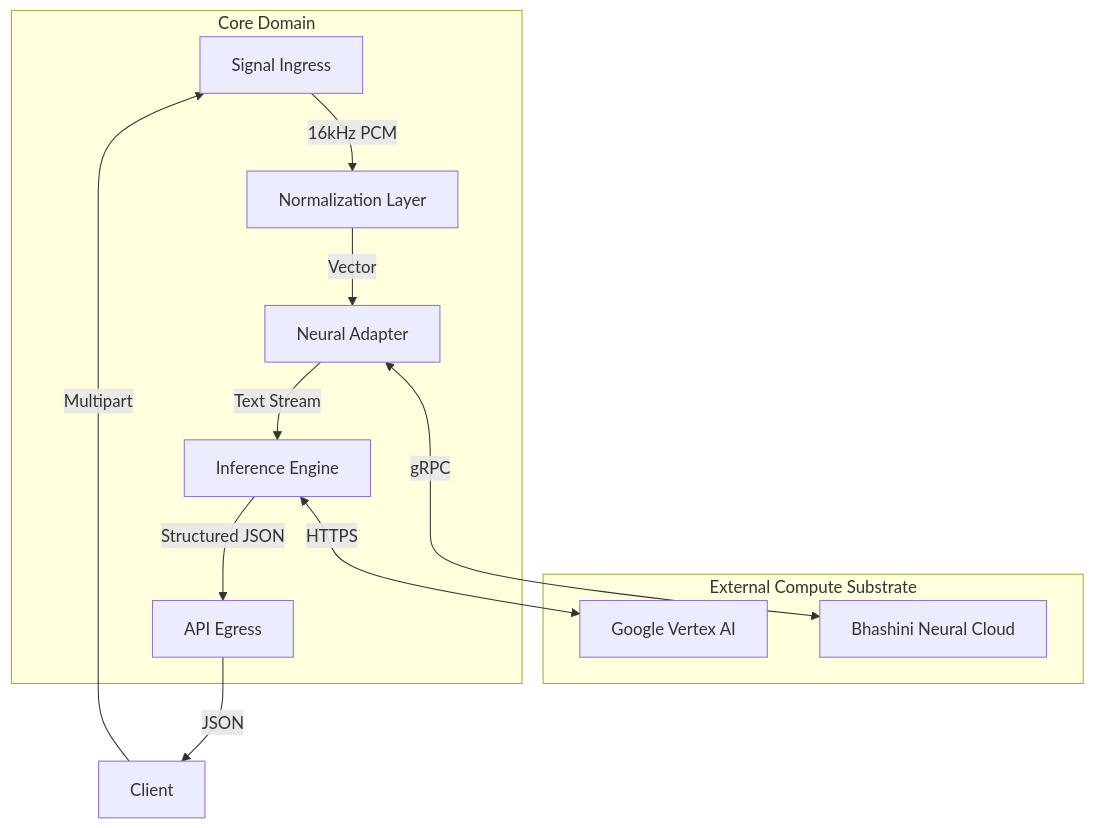
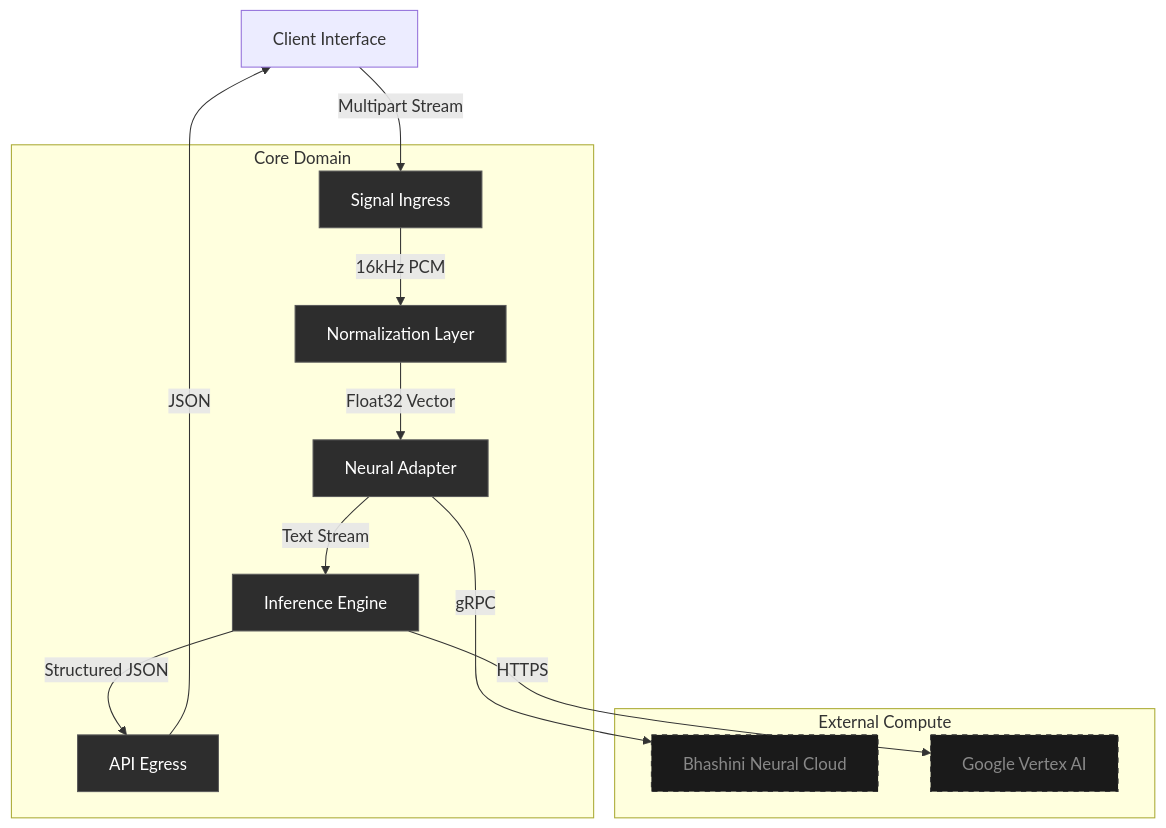
One commit to riteshroshann/meeting-mind-backened-baby-one changed the diagram in README.md. Above: the diagram before and after it, drawn with Mermaid. The commit also changed other lines of this file, not shown here.

Commit message:
docs: finalize architecture section with sophisticated hexagonal lattice details

````diff
--- a/README.md
+++ b/README.md
@@ -68,19 +78,21 @@
 ```mermaid
 graph TD
-    subgraph "External Compute Substrate"
-        Bhashini[Bhashini Neural Cloud]
-        Vertex[Google Vertex AI]
+    classDef core fill:#2d2d2d,stroke:#5a5a5a,color:#fff
+    classDef ext fill:#1a1a1a,stroke:#333,color:#888,stroke-dasharray: 5 5
+
+    Client[Client Interface] -->|Multipart Stream| Ingress
+    
+    subgraph "Core Domain"
+        Ingress[Signal Ingress]:::core -->|16kHz PCM| Norm[Normalization Layer]:::core
+        Norm -->|Float32 Vector| Adapter[Neural Adapter]:::core
+        Adapter -->|Text Stream| Engine[Inference Engine]:::core
+        Engine -->|Structured JSON| Egress[API Egress]:::core
     end
 
-    subgraph "Core Domain"
-        Ingress[Signal Ingress] -->|16kHz PCM| Norm[Normalization Layer]
-        Norm -->|Vector| Adapter[Neural Adapter]
-        Adapter <-->|gRPC| Bhashini
-        Adapter -->|Text Stream| Reasoner[Inference Engine]
-        Reasoner <-->|HTTPS| Vertex
-        Reasoner -->|Structured JSON| Egress[API Egress]
+    subgraph "External Compute"
+        Adapter -->|gRPC| Bhashini[Bhashini Neural Cloud]:::ext
+        Engine -->|HTTPS| Vertex[Google Vertex AI]:::ext
     end
 
-    Client -->|Multipart| Ingress
     Egress -->|JSON| Client
 ```
````
